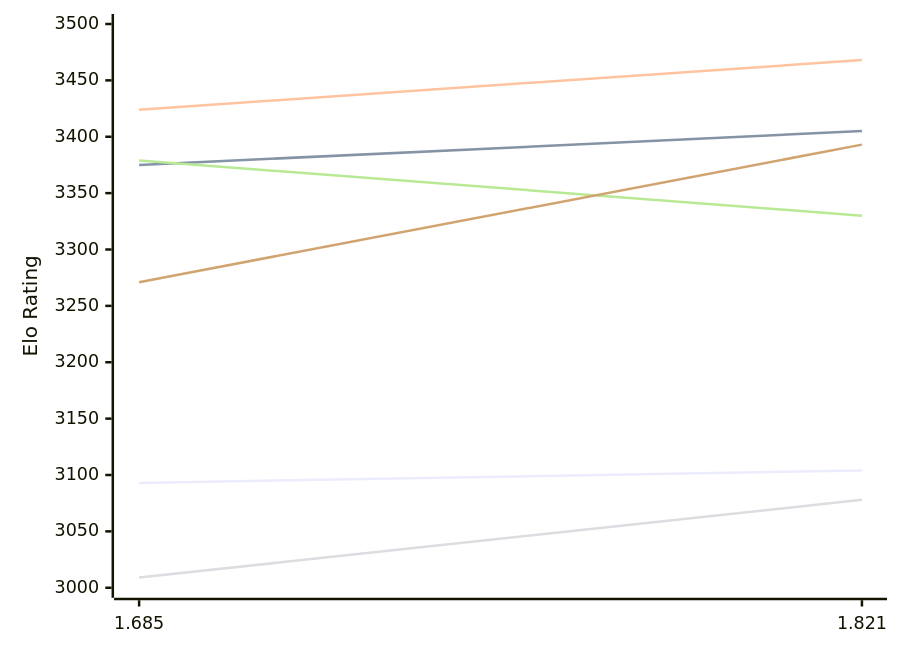
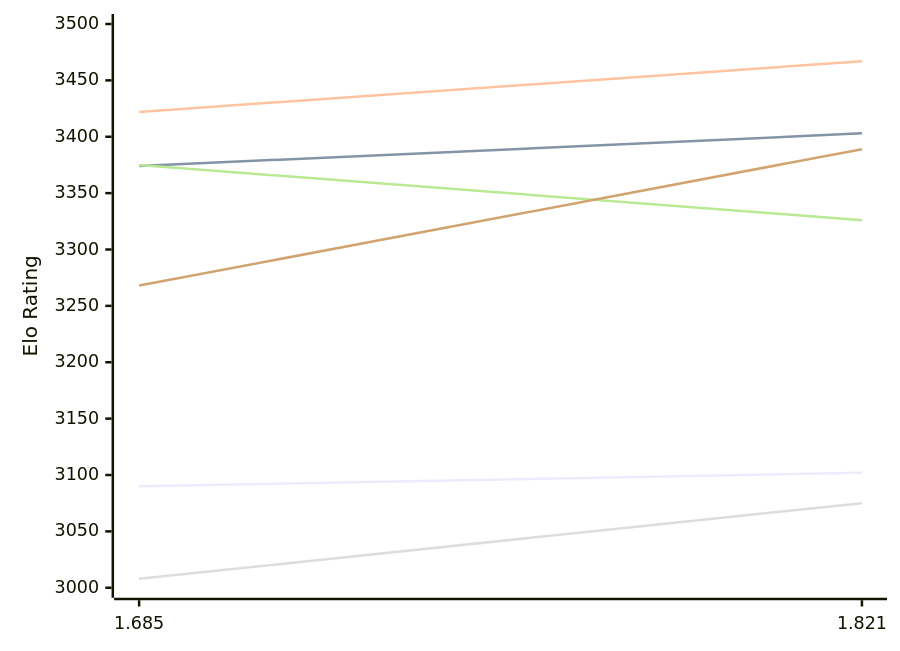
The first of 2 diagrams in engines/Malika.md (computer-chess-index/cci), drawn with Mermaid before and after one commit. The commit also changed other lines of this file, not shown here.

Commit message:
Update CCI Ratings (ELO VLTC) - 2026-11-19

````diff
--- a/engines/Malika.md
+++ b/engines/Malika.md
@@ -54,12 +54,12 @@
 ```mermaid
 %%{init: {"theme":"base","themeVariables":{"seriesColors:['#a3a3a3','#222221','#faa371']}}}%%
 xychart-beta
   x-axis ["1.685", "1.821"]
   y-axis "Elo Rating" 3000 --> 3500
-  line "E1: STC (8.0+0.08s)" [3093, 3104]
-  line "E1: LTC (60.0+0.60s)" [3375, 3405]
-  line "E1: VLTC (2m24s+1.12s)" [3424, 3468]
-  line "P1: STC (8.0+0.08s)" [3009, 3078]
-  line "P1: LTC (60.0+0.60s)" [3379, 3330]
-  line "P1: VLTC (2m24s+1.12s)" [3271, 3393]
+  line "E1: STC (8.0+0.08s)" [3090, 3102]
+  line "E1: LTC (60.0+0.60s)" [3374, 3403]
+  line "E1: VLTC (2m24s+1.12s)" [3422, 3467]
+  line "P1: STC (8.0+0.08s)" [3008, 3075]
+  line "P1: LTC (60.0+0.60s)" [3375, 3326]
+  line "P1: VLTC (2m24s+1.12s)" [3268, 3389]
 ```
````
